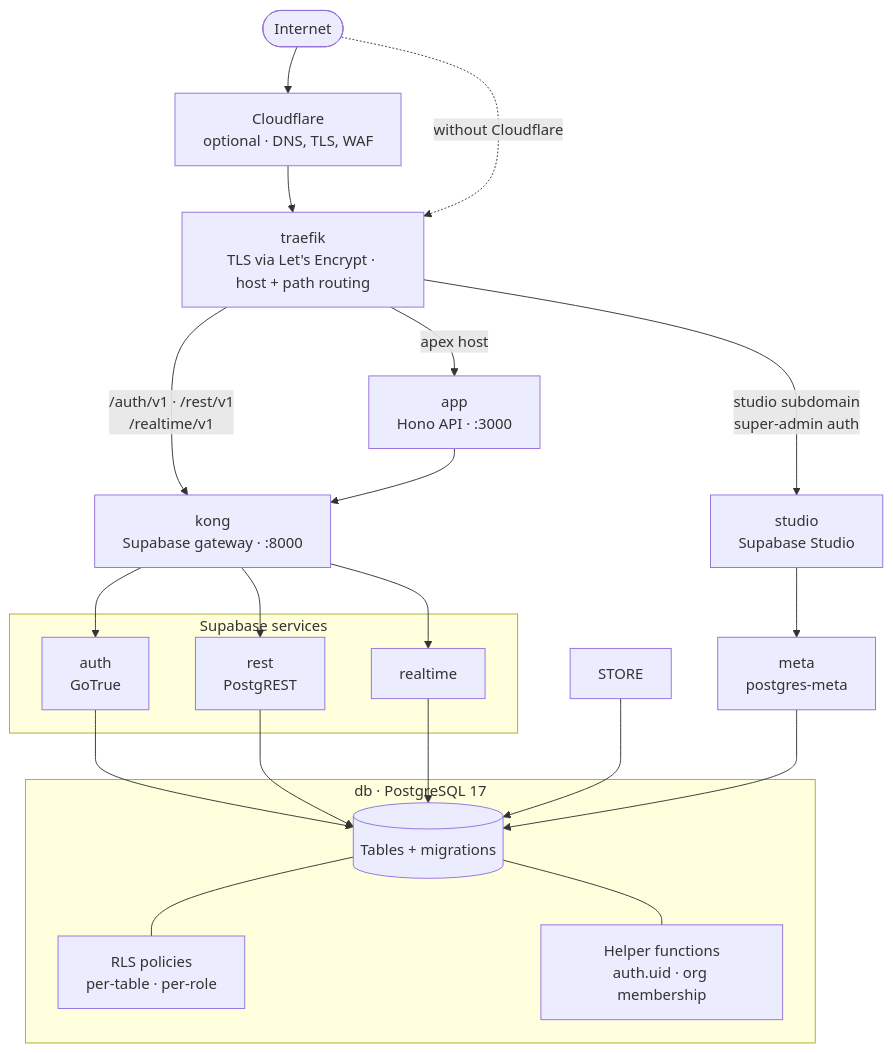
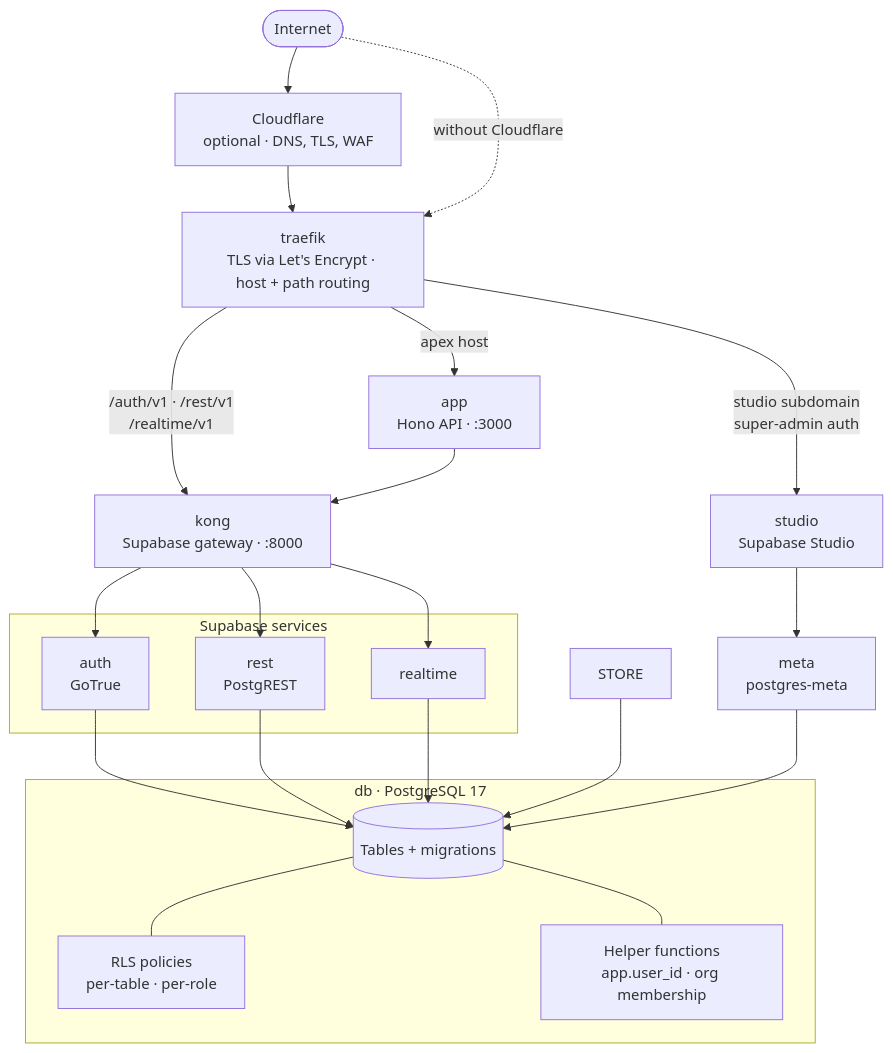
Before and after one commit to hyperformant/vibecarbon: the diagram in carbon/README.md, drawn with Mermaid. The commit also changed 18 other files, not shown here.

First line of the commit message:
refactor(template): RLS policies read app.user_id() instead of auth.uid()

````diff
--- a/carbon/README.md
+++ b/carbon/README.md
@@ -42,41 +42,41 @@
 ```mermaid
 flowchart TD
     NET(["Internet"])
     CF["Cloudflare<br/>optional · DNS, TLS, WAF"]
     TR["traefik<br/>TLS via Let's Encrypt · host + path routing"]
 
     NET --> CF
     CF --> TR
     NET -.->|"without Cloudflare"| TR
 
     TR -->|"apex host"| APP["app<br/>Hono API · :3000"]
     TR -->|"/auth/v1 · /rest/v1<br/>/realtime/v1"| KONG["kong<br/>Supabase gateway · :8000"]
     TR -->|"studio subdomain<br/>super-admin auth"| STUDIO["studio<br/>Supabase Studio"]
 
     APP --> KONG
 
     subgraph SUPA["Supabase services"]
         AUTH["auth<br/>GoTrue"]
         REST["rest<br/>PostgREST"]
         RT["realtime"]
     end
 
     KONG --> AUTH
     KONG --> REST
     KONG --> RT
     STUDIO --> META["meta<br/>postgres-meta"]
 
     subgraph PG["db · PostgreSQL 17"]
         DB[("Tables + migrations")]
         RLS["RLS policies<br/>per-table · per-role"]
-        FN["Helper functions<br/>auth.uid · org membership"]
+        FN["Helper functions<br/>app.user_id · org membership"]
         DB --- RLS
         DB --- FN
     end
 
     AUTH --> DB
     REST --> DB
     RT --> DB
     STORE --> DB
     META --> DB
 ```
````
